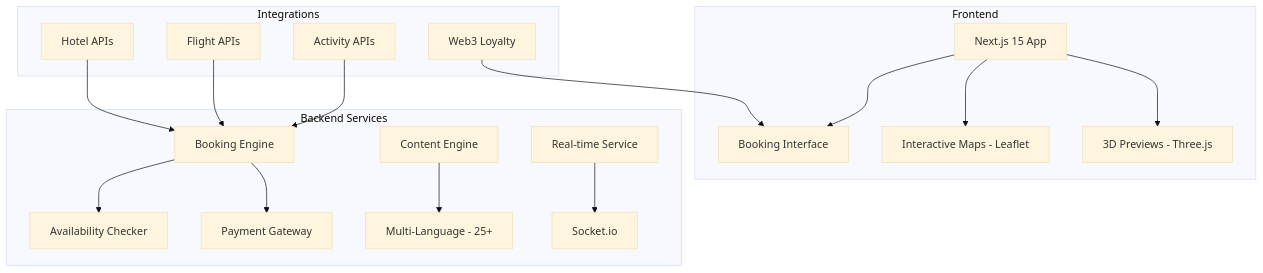
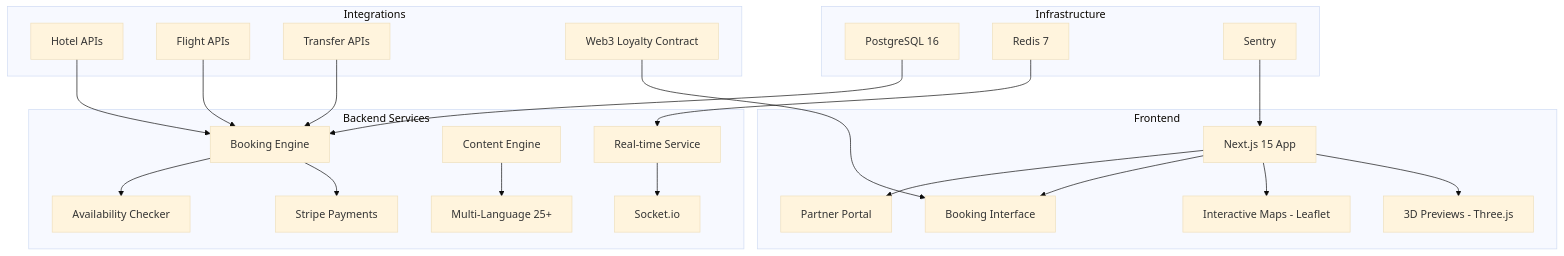
One commit to lydianai/holiday.ailydian.com changed the diagram in README.md. Above: the diagram before and after it, drawn with Mermaid (base theme). The commit also changed other lines of this file and 4 other files, not shown here.

````diff
--- a/README.md
+++ b/README.md
@@ -59,20 +166,26 @@
 ```mermaid
 graph TD
     subgraph "Frontend"
         A[Next.js 15 App] --> B[3D Previews - Three.js]
         A --> C[Interactive Maps - Leaflet]
         A --> D[Booking Interface]
+        A --> E[Partner Portal]
     end
     subgraph "Backend Services"
-        E[Booking Engine] --> F[Payment Gateway]
-        E --> G[Availability Checker]
-        H[Content Engine] --> I[Multi-Language - 25+]
-        J[Real-time Service] --> K[Socket.io]
+        F[Booking Engine] --> G[Stripe Payments]
+        F --> H[Availability Checker]
+        I[Content Engine] --> J[Multi-Language 25+]
+        K[Real-time Service] --> L[Socket.io]
     end
     subgraph "Integrations"
-        L[Hotel APIs] --> E
-        M[Flight APIs] --> E
-        N[Activity APIs] --> E
-        O[Web3 Loyalty] --> D
+        M[Hotel APIs] --> F
+        N[Flight APIs] --> F
+        O[Transfer APIs] --> F
+        P[Web3 Loyalty Contract] --> D
+    end
+    subgraph "Infrastructure"
+        Q[PostgreSQL 16] --> F
+        R[Redis 7] --> K
+        S[Sentry] --> A
     end
 ```
````
